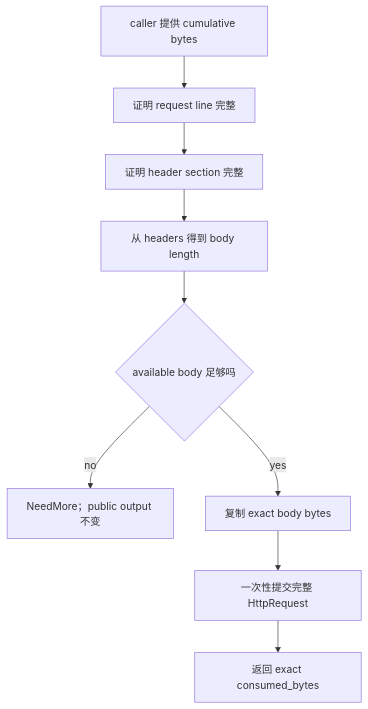
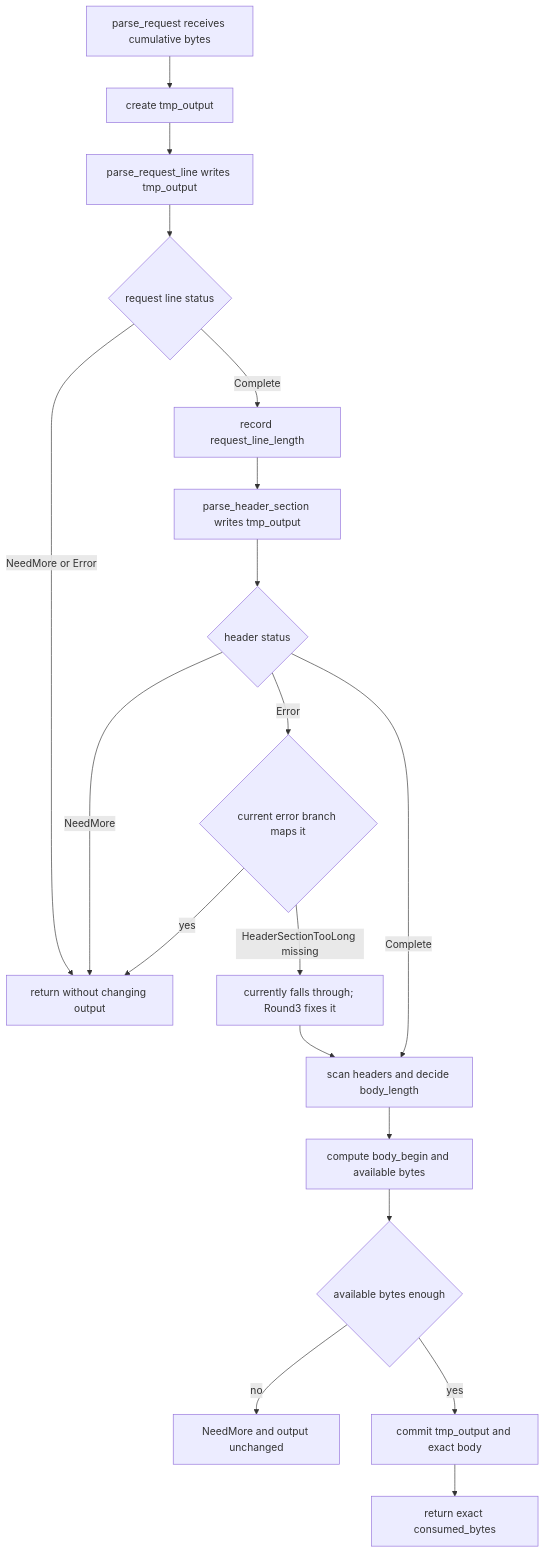
One commit to FxorG00/system-learning-notes changed the diagram in week11/day3/day3.md. Above: the diagram before and after it, drawn with Mermaid. The commit also changed other lines of this file and 8 other files, not shown here.

````diff
--- a/week11/day3/day3.md
+++ b/week11/day3/day3.md
@@ -457,11 +543,21 @@
 ```mermaid
 flowchart TD
-    A["caller 提供 cumulative bytes"] --> B["证明 request line 完整"]
-    B --> C["证明 header section 完整"]
-    C --> D["从 headers 得到 body length"]
-    D --> E{"available body 足够吗"}
-    E -->|"no"| F["NeedMore；public output 不变"]
-    E -->|"yes"| G["复制 exact body bytes"]
-    G --> H["一次性提交完整 HttpRequest"]
-    H --> I["返回 exact consumed_bytes"]
+    A["parse_request receives cumulative bytes"] --> B["create tmp_output"]
+    B --> C["parse_request_line writes tmp_output"]
+    C --> D{"request line status"}
+    D -->|"NeedMore or Error"| E["return without changing output"]
+    D -->|"Complete"| F["record request_line_length"]
+    F --> G["parse_header_section writes tmp_output"]
+    G --> H{"header status"}
+    H -->|"NeedMore"| E
+    H -->|"Error"| I{"current error branch maps it"}
+    I -->|"yes"| E
+    I -->|"HeaderSectionTooLong missing"| J["currently falls through; Round3 fixes it"]
+    H -->|"Complete"| K["scan headers and decide body_length"]
+    J --> K
+    K --> L["compute body_begin and available bytes"]
+    L --> M{"available bytes enough"}
+    M -->|"no"| N["NeedMore and output unchanged"]
+    M -->|"yes"| O["commit tmp_output and exact body"]
+    O --> P["return exact consumed_bytes"]
 ```
````
